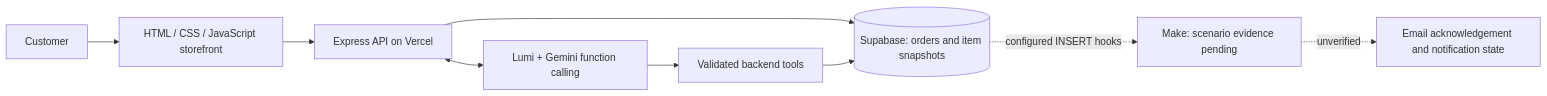
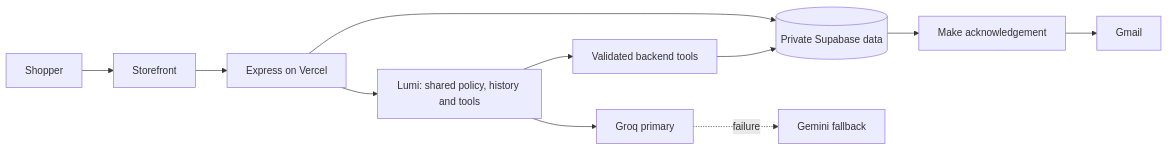
Before and after one commit to reedahadedayo-ux/glow-lab: the diagram in docs/portfolio-case-study.md, drawn with Mermaid. The commit also changed other lines of this file and 31 other files, not shown here.

Commit message:
docs: audit public release and sanitise actual Make workflow evidence

````diff
--- a/docs/portfolio-case-study.md
+++ b/docs/portfolio-case-study.md
@@ -29,11 +25,13 @@
 ```mermaid
 flowchart LR
-    Customer[Customer] --> Store[HTML / CSS / JavaScript storefront]
-    Store --> API[Express API on Vercel]
-    API --> Orders[(Supabase: orders and item snapshots)]
-    API <--> Lumi[Lumi + Gemini function calling]
+    Shopper[Shopper] --> Store[Storefront]
+    Store --> API[Express on Vercel]
+    API --> DB[(Private Supabase data)]
+    API --> Lumi[Lumi: shared policy, history and tools]
+    Lumi --> Groq[Groq primary]
+    Groq -. failure .-> Gemini[Gemini fallback]
     Lumi --> Tools[Validated backend tools]
-    Tools --> Orders
-    Orders -. configured INSERT hooks .-> Make[Make: scenario evidence pending]
-    Make -. unverified .-> Acknowledgement[Email acknowledgement and notification state]
+    Tools --> DB
+    DB --> Make[Make acknowledgement]
+    Make --> Gmail[Gmail]
 ```
````
